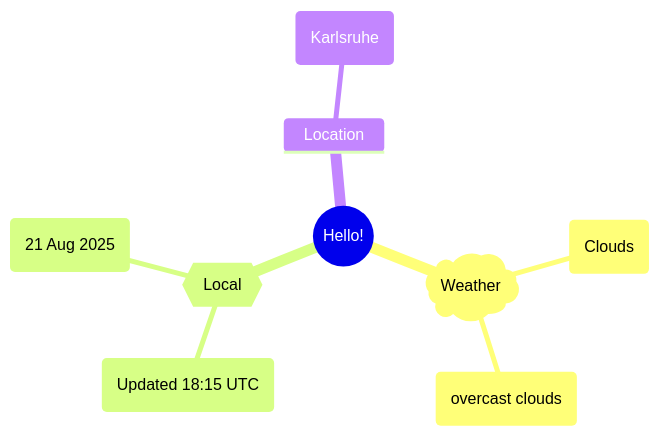
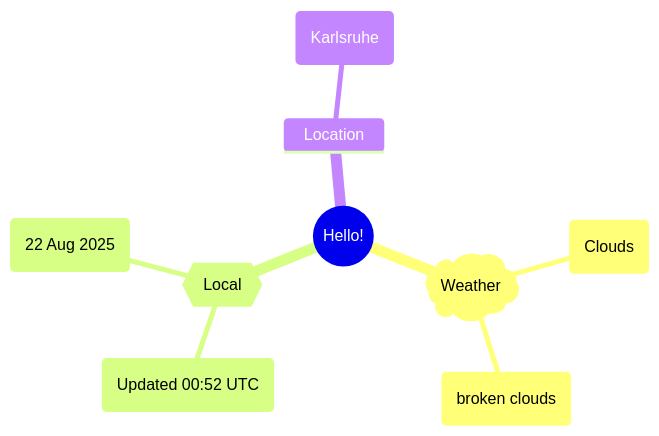
One commit to Xosrov/Xosrov changed the first of 2 diagrams in README.md. Above: the diagram before and after it, drawn with Mermaid.

Commit message:
[bot] updated images

````diff
--- a/README.md
+++ b/README.md
@@ -3,12 +3,12 @@
 ```mermaid
 mindmap
   root((Hello!))
     )Weather(
         (Clouds)
-        (overcast clouds)
+        (broken clouds)
     {{Local}}
-        (Updated 18:15 UTC)
-        (21 Aug 2025)
+        (Updated 00:52 UTC)
+        (22 Aug 2025)
     Location
         (Karlsruhe)
 ```
````
